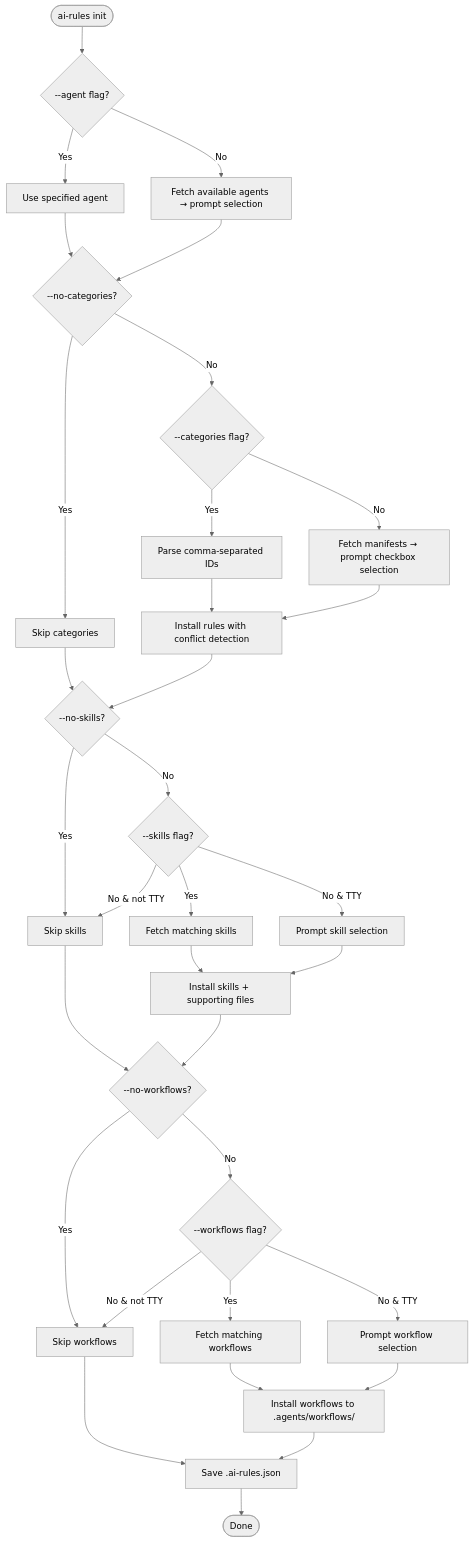
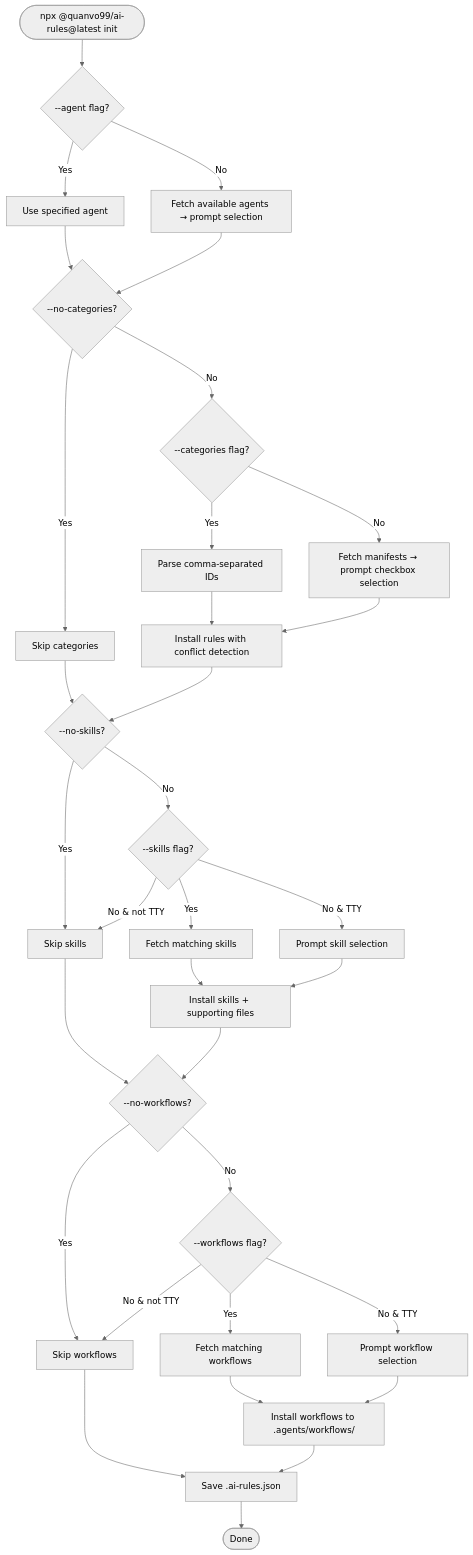
The first of 4 diagrams in repo_knowledge/flows.md (votrungquan1999/AI-rules-setup), drawn with Mermaid (neutral theme) before and after one commit. The commit also changed 16 other files, not shown here.

First line of the commit message:
docs(cli): standardize CLI invocations on npx @quanvo99/ai-rules@latest

````diff
--- a/repo_knowledge/flows.md
+++ b/repo_knowledge/flows.md
@@ -11,35 +11,35 @@
 ```mermaid
 flowchart TD
-    Start([ai-rules init]) --> A{--agent flag?}
+    Start([npx @quanvo99/ai-rules@latest init]) --> A{--agent flag?}
     A -->|Yes| B[Use specified agent]
     A -->|No| C[Fetch available agents → prompt selection]
     B --> D{--no-categories?}
     C --> D
     D -->|Yes| SK[Skip categories]
     D -->|No| E{--categories flag?}
     E -->|Yes| F[Parse comma-separated IDs]
     E -->|No| G[Fetch manifests → prompt checkbox selection]
     F --> H[Install rules with conflict detection]
     G --> H
     SK --> I{--no-skills?}
     H --> I
     I -->|Yes| J[Skip skills]
     I -->|No| K{--skills flag?}
     K -->|Yes| L[Fetch matching skills]
     K -->|No & TTY| M[Prompt skill selection]
     K -->|No & not TTY| J
     L --> N[Install skills + supporting files]
     M --> N
     J --> O{--no-workflows?}
     N --> O
     O -->|Yes| P[Skip workflows]
     O -->|No| Q{--workflows flag?}
     Q -->|Yes| R[Fetch matching workflows]
     Q -->|No & TTY| S[Prompt workflow selection]
     Q -->|No & not TTY| P
     R --> T[Install workflows to .agents/workflows/]
     S --> T
     P --> U[Save .ai-rules.json]
     T --> U
     U --> End([Done])
 ```
````
